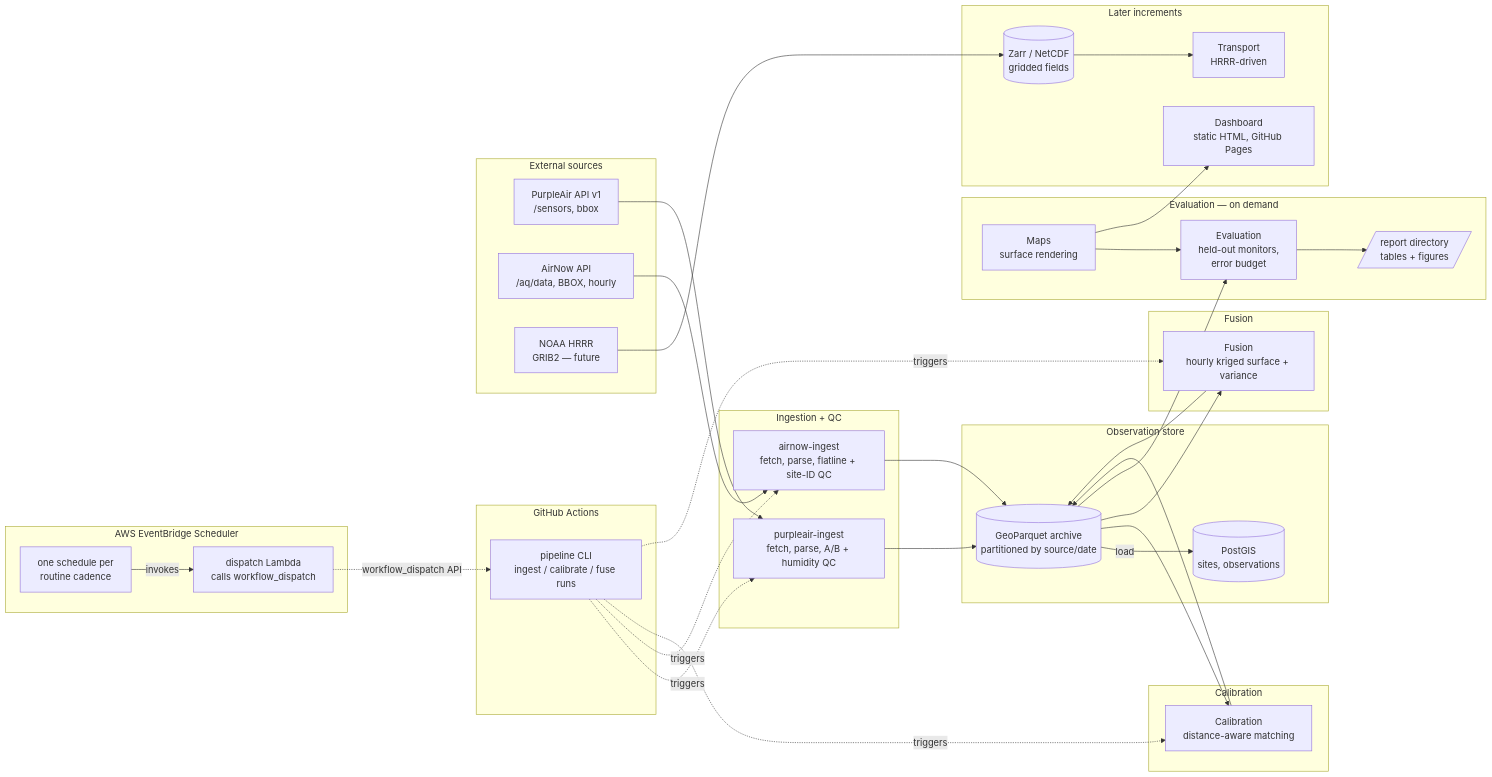
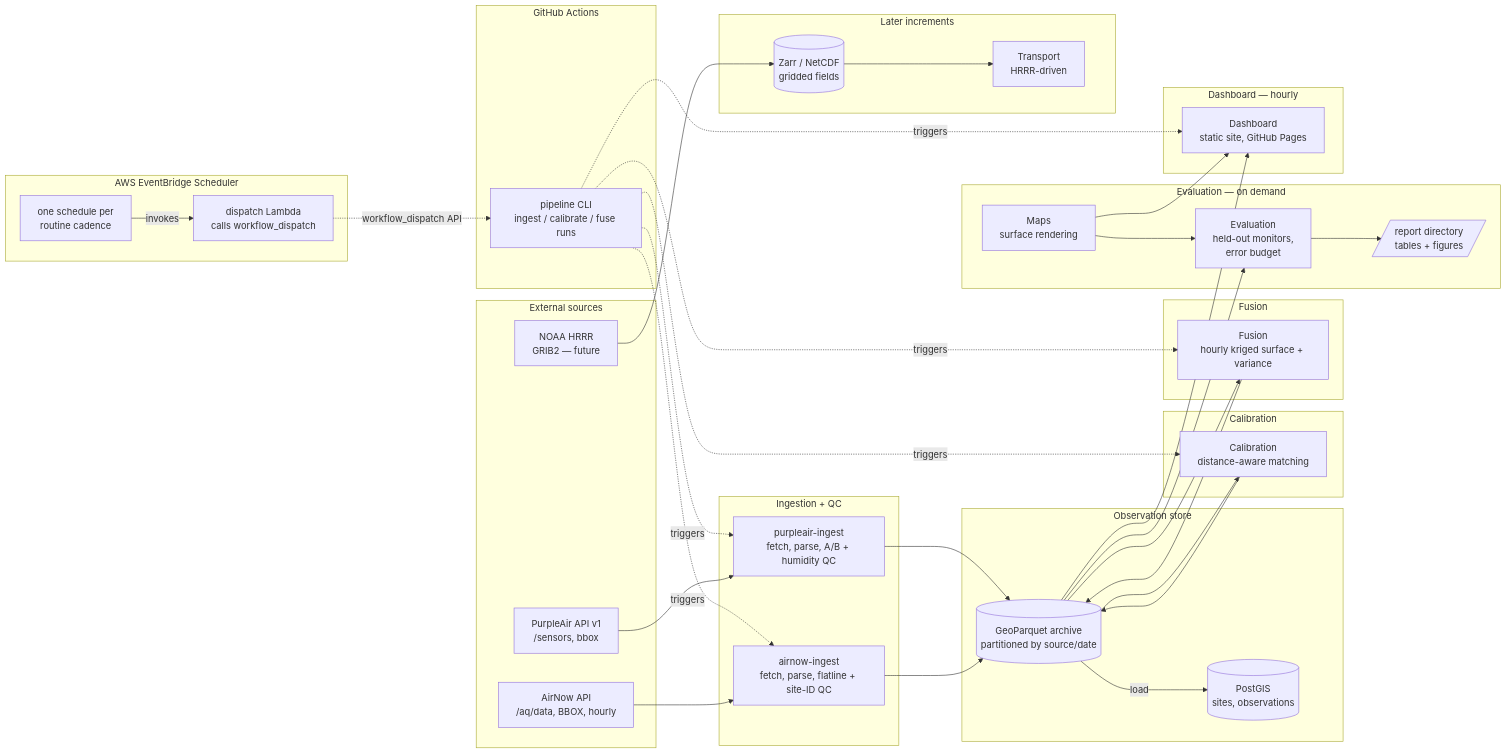
One commit to mattjtravers/air-quality-digital-twin changed the diagram in docs/high-level-design.md. Above: the diagram before and after it, drawn with Mermaid. The commit also changed other lines of this file and 8 other files, not shown here.

````diff
--- a/docs/high-level-design.md
+++ b/docs/high-level-design.md
@@ -140,63 +140,68 @@
 ```mermaid
 flowchart LR
     subgraph trigger [AWS EventBridge Scheduler]
         EBS[one schedule per<br/>routine cadence]
         LAM[dispatch Lambda<br/>calls workflow_dispatch]
         EBS -->|invokes| LAM
     end
 
     subgraph schedule [GitHub Actions]
         SCH[pipeline CLI<br/>ingest / calibrate / fuse runs]
     end
 
     subgraph sources [External sources]
         PA[PurpleAir API v1<br/>/sensors, bbox]
         AN[AirNow API<br/>/aq/data, BBOX, hourly]
         HR[NOAA HRRR<br/>GRIB2 — future]
     end
 
     subgraph ingest [Ingestion + QC]
         PAI[purpleair-ingest<br/>fetch, parse, A/B + humidity QC]
         ANI[airnow-ingest<br/>fetch, parse, flatline + site-ID QC]
     end
 
     subgraph store [Observation store]
         ARC[(GeoParquet archive<br/>partitioned by source/date)]
         PG[(PostGIS<br/>sites, observations)]
     end
 
     subgraph calibration [Calibration]
         CAL[Calibration<br/>distance-aware matching]
     end
 
     subgraph fusion [Fusion]
         FUS[Fusion<br/>hourly kriged surface + variance]
     end
 
     subgraph evaluation [Evaluation — on demand]
         EVL[Evaluation<br/>held-out monitors,<br/>error budget]
         MAP[Maps<br/>surface rendering]
         RPT[/report directory<br/>tables + figures/]
     end
 
+    subgraph dashboard [Dashboard — hourly]
+        DSH[Dashboard<br/>static site, GitHub Pages]
+    end
+
     subgraph future [Later increments]
         TRN[Transport<br/>HRRR-driven]
         ZR[(Zarr / NetCDF<br/>gridded fields)]
-        DSH[Dashboard<br/>static HTML, GitHub Pages]
     end
 
     LAM -.->|workflow_dispatch API| SCH
     SCH -.->|triggers| PAI
     SCH -.->|triggers| ANI
     SCH -.->|triggers| CAL
     SCH -.->|triggers| FUS
+    SCH -.->|triggers| DSH
     PA --> PAI --> ARC
     AN --> ANI --> ARC
     ARC -->|load| PG
     ARC --> CAL --> ARC
     ARC --> FUS --> ARC
     ARC --> EVL --> RPT
     MAP --> EVL
+    ARC --> DSH
     MAP --> DSH
     HR --> ZR --> TRN
 ```
````
